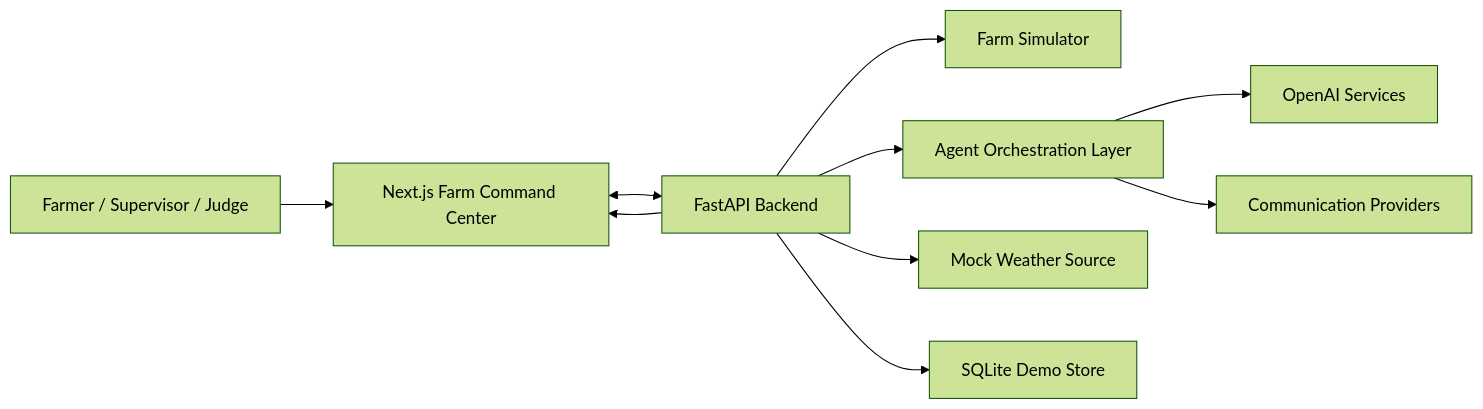
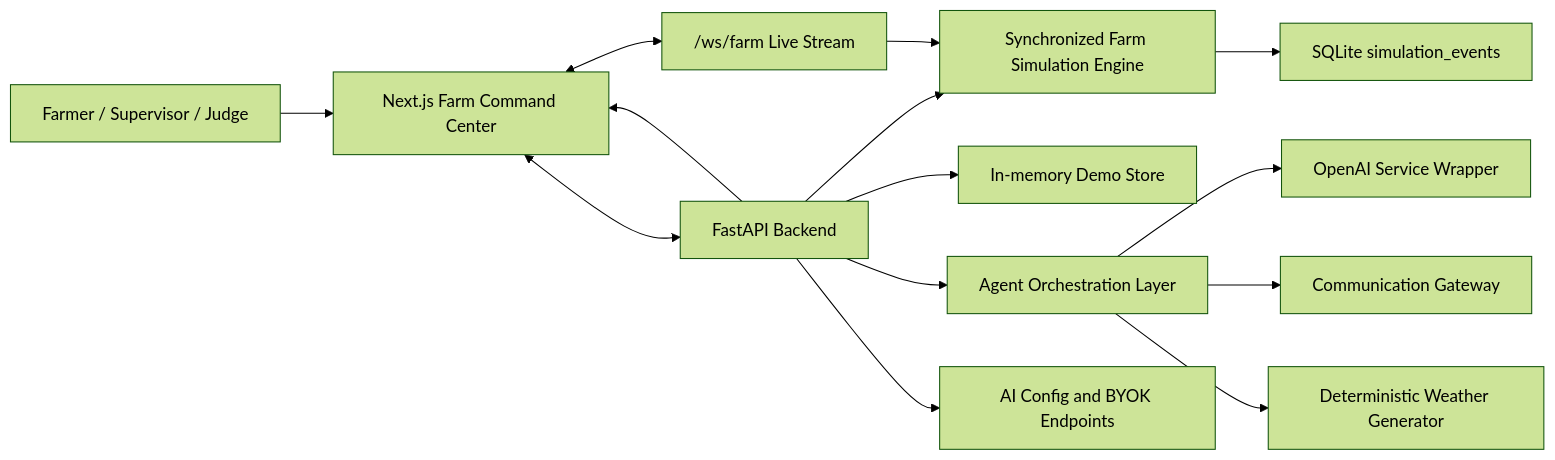
One commit to umang6287/AgroOS changed the first of 4 diagrams in ARCHITECTURE.md. Above: the diagram before and after it, drawn with Mermaid (forest theme). The commit also changed other lines of this file and 120 other files, not shown here.

````diff
--- a/ARCHITECTURE.md
+++ b/ARCHITECTURE.md
@@ -11,12 +11,16 @@
 ```mermaid
 flowchart LR
   Farmer["Farmer / Supervisor / Judge"] --> UI["Next.js Farm Command Center"]
   UI <--> API["FastAPI Backend"]
-  API --> Simulator["Farm Simulator"]
+  UI <--> WS["/ws/farm Live Stream"]
+  API --> SimEngine["Synchronized Farm Simulation Engine"]
+  SimEngine --> SimStore["SQLite simulation_events"]
+  API --> DemoStore["In-memory Demo Store"]
   API --> Agents["Agent Orchestration Layer"]
-  API --> Weather["Mock Weather Source"]
-  Agents --> OpenAI["OpenAI Services"]
-  Agents --> Comms["Communication Providers"]
-  API --> Store["SQLite Demo Store"]
+  API --> AIConfig["AI Config and BYOK Endpoints"]
+  Agents --> OpenAI["OpenAI Service Wrapper"]
+  Agents --> Comms["Communication Gateway"]
+  Agents --> Weather["Deterministic Weather Generator"]
+  WS --> SimEngine
   API --> UI
 ```
````
